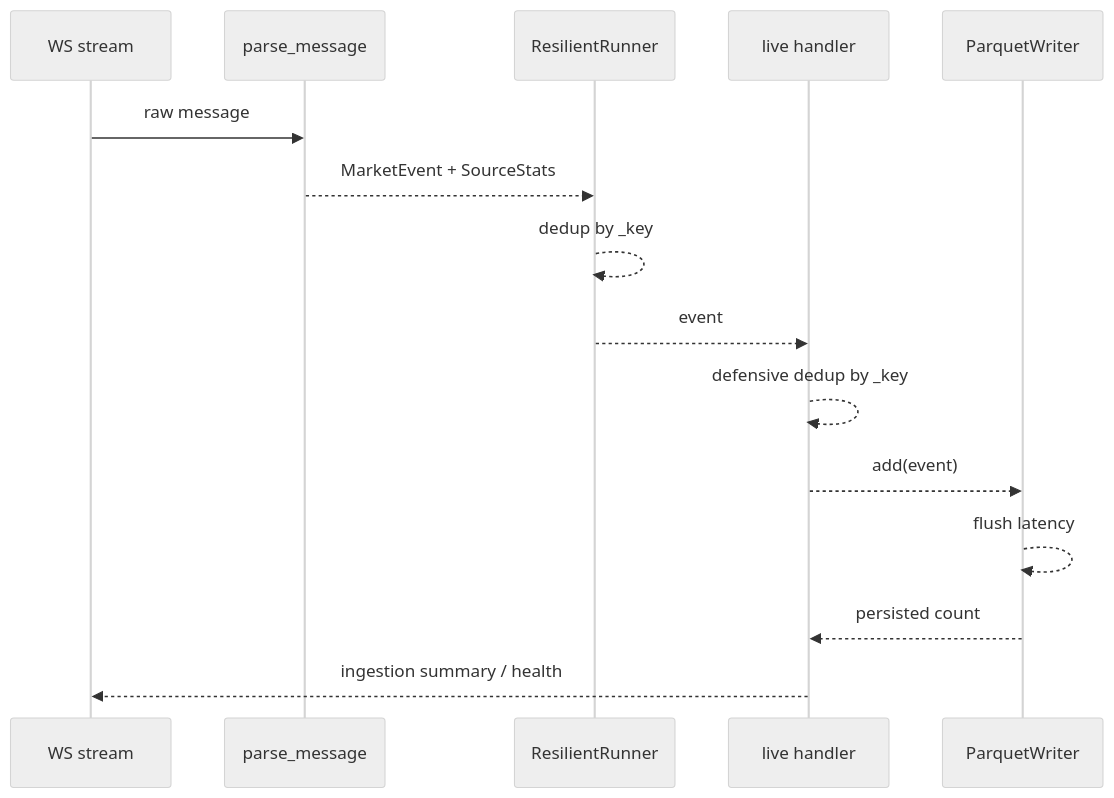
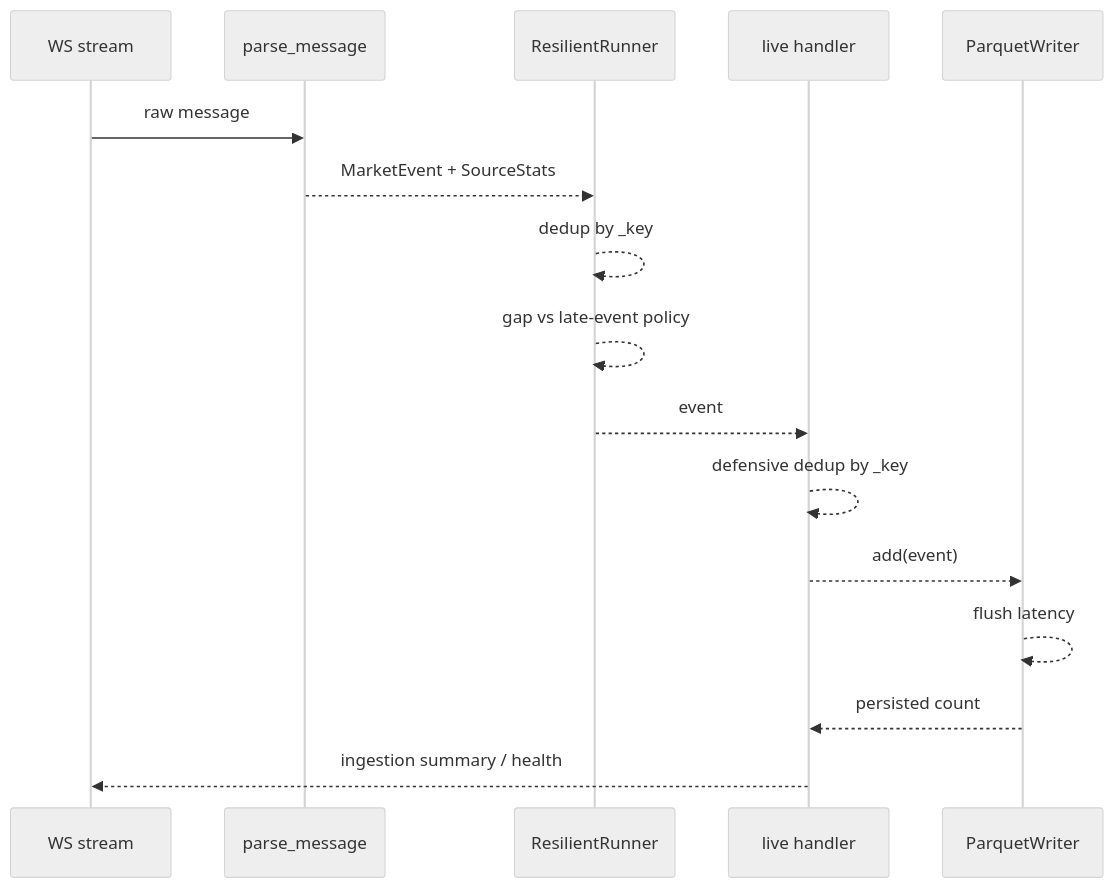
Before and after one commit to oscarlgarcia/MyTraderSystem: the second of 5 diagrams in docs/ingestion.md, drawn with Mermaid (neutral theme). The commit also changed other lines of this file and 11 other files, not shown here.

````diff
--- a/docs/ingestion.md
+++ b/docs/ingestion.md
@@ -154,18 +160,19 @@
 ```mermaid
 sequenceDiagram
   participant WS as WS stream
   participant Client as parse_message
   participant Runner as ResilientRunner
   participant Handler as live handler
   participant Writer as ParquetWriter
 
   WS->>Client: raw message
   Client-->>Runner: MarketEvent + SourceStats
   Runner-->>Runner: dedup by _key
+  Runner-->>Runner: gap vs late-event policy
   Runner-->>Handler: event
   Handler-->>Handler: defensive dedup by _key
   Handler-->>Writer: add(event)
   Writer-->>Writer: flush latency
   Writer-->>Handler: persisted count
   Handler-->>WS: ingestion summary / health
 ```
````
